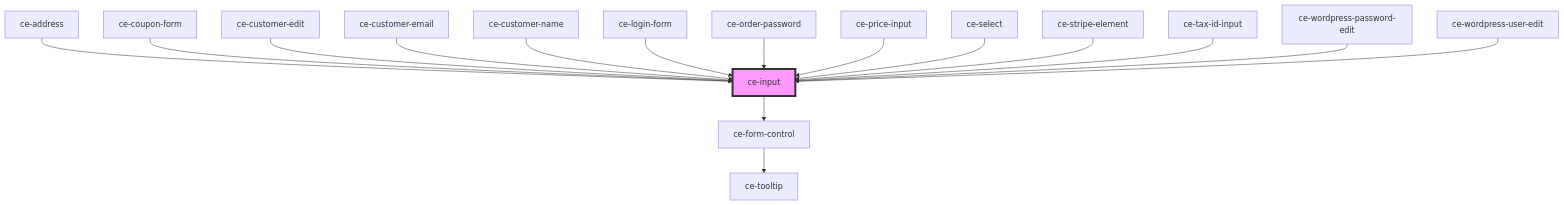
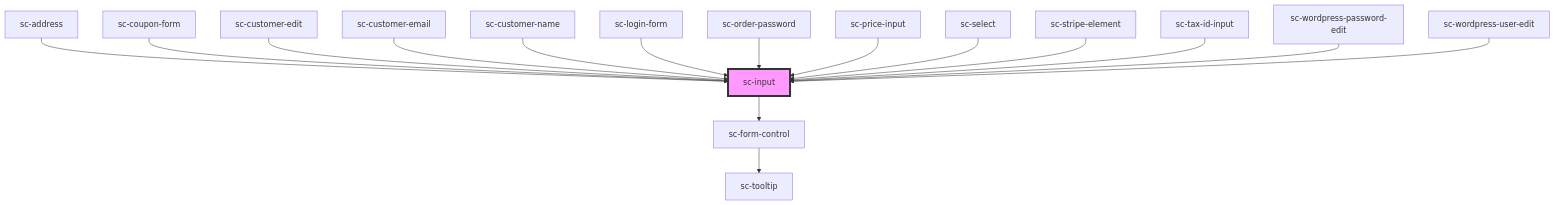
Before and after one commit to surecart/surecart-wp-plugin: the diagram in packages/components/src/components/ui/input/readme.md, drawn with Mermaid. The commit also changed other lines of this file and 1281 other files, not shown here.

````diff
--- a/packages/components/src/components/ui/input/readme.md
+++ b/packages/components/src/components/ui/input/readme.md
@@ -141,19 +134,19 @@
 ```mermaid
 graph TD;
-  ce-input --> ce-form-control
-  ce-form-control --> ce-tooltip
-  ce-address --> ce-input
-  ce-coupon-form --> ce-input
-  ce-customer-edit --> ce-input
-  ce-customer-email --> ce-input
-  ce-customer-name --> ce-input
-  ce-login-form --> ce-input
-  ce-order-password --> ce-input
-  ce-price-input --> ce-input
-  ce-select --> ce-input
-  ce-stripe-element --> ce-input
-  ce-tax-id-input --> ce-input
-  ce-wordpress-password-edit --> ce-input
-  ce-wordpress-user-edit --> ce-input
-  style ce-input fill:#f9f,stroke:#333,stroke-width:4px
+  sc-input --> sc-form-control
+  sc-form-control --> sc-tooltip
+  sc-address --> sc-input
+  sc-coupon-form --> sc-input
+  sc-customer-edit --> sc-input
+  sc-customer-email --> sc-input
+  sc-customer-name --> sc-input
+  sc-login-form --> sc-input
+  sc-order-password --> sc-input
+  sc-price-input --> sc-input
+  sc-select --> sc-input
+  sc-stripe-element --> sc-input
+  sc-tax-id-input --> sc-input
+  sc-wordpress-password-edit --> sc-input
+  sc-wordpress-user-edit --> sc-input
+  style sc-input fill:#f9f,stroke:#333,stroke-width:4px
 ```
````
